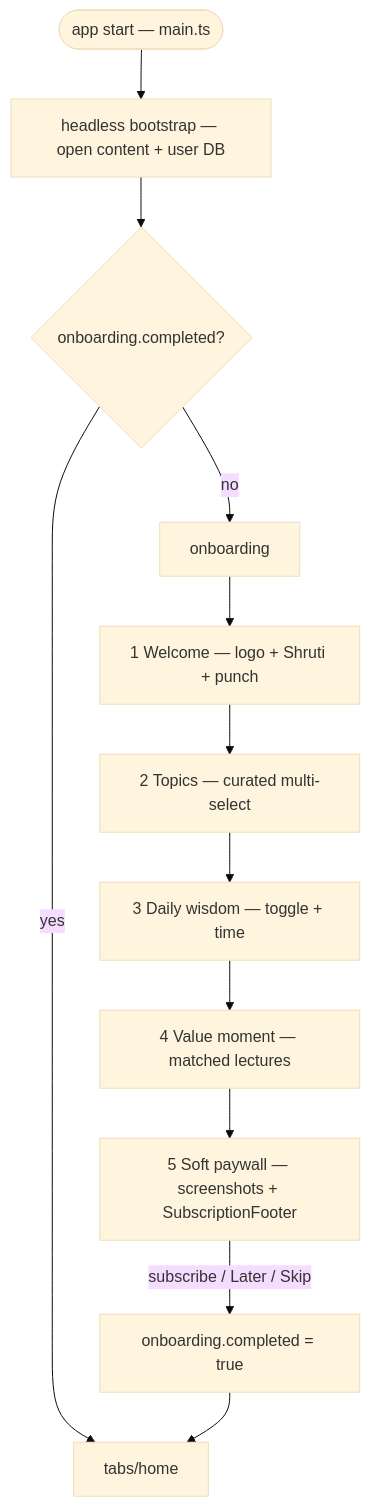
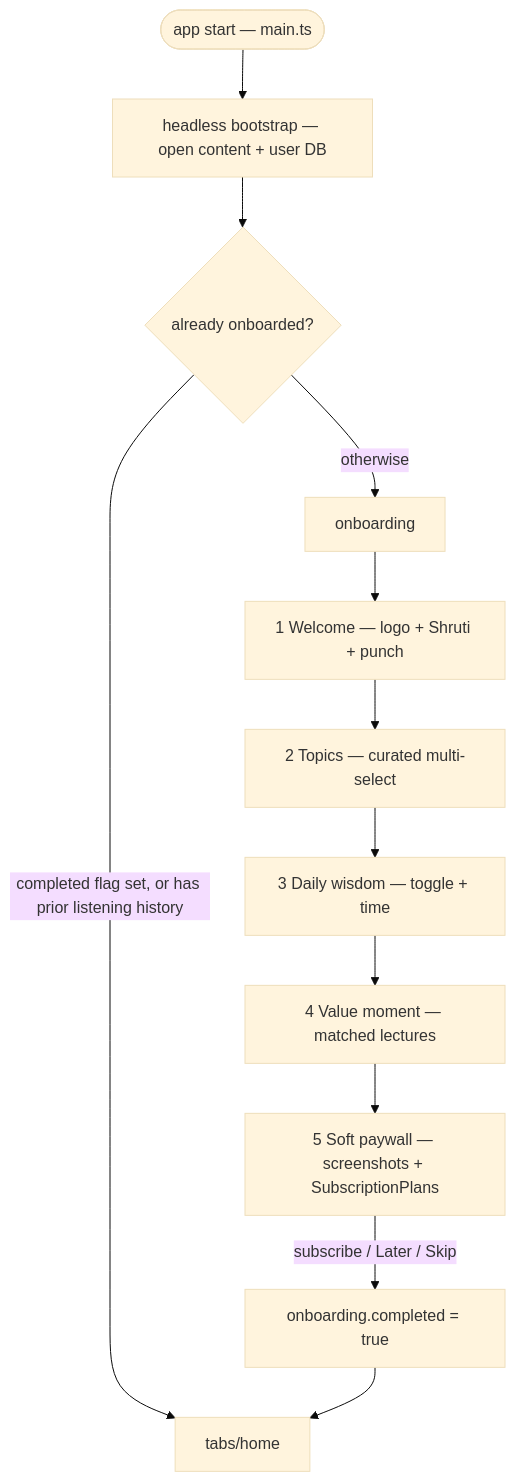
One commit to jiva-studio/shruti changed the diagram in docs/repos/shruti/architecture/onboarding.md. Above: the diagram before and after it, drawn with Mermaid (base theme). The commit also changed other lines of this file and 4 other files, not shown here.

````diff
--- a/docs/repos/shruti/architecture/onboarding.md
+++ b/docs/repos/shruti/architecture/onboarding.md
@@ -13,14 +13,14 @@
 ```mermaid
 flowchart TD
   start(["app start — main.ts"]) --> boot["headless bootstrap — open content + user DB"]
-  boot --> done{"onboarding.completed?"}
-  done -- yes --> home["tabs/home"]
-  done -- no --> ob["onboarding"]
+  boot --> done{"already onboarded?"}
+  done -- "completed flag set, or has prior listening history" --> home["tabs/home"]
+  done -- otherwise --> ob["onboarding"]
   ob --> s1["1 Welcome — logo + Shruti + punch"]
   s1 --> s2["2 Topics — curated multi-select"]
   s2 --> s3["3 Daily wisdom — toggle + time"]
   s3 --> s4["4 Value moment — matched lectures"]
-  s4 --> s5["5 Soft paywall — screenshots + SubscriptionFooter"]
+  s4 --> s5["5 Soft paywall — screenshots + SubscriptionPlans"]
   s5 -- "subscribe / Later / Skip" --> mark["onboarding.completed = true"]
   mark --> home
 ```
````
